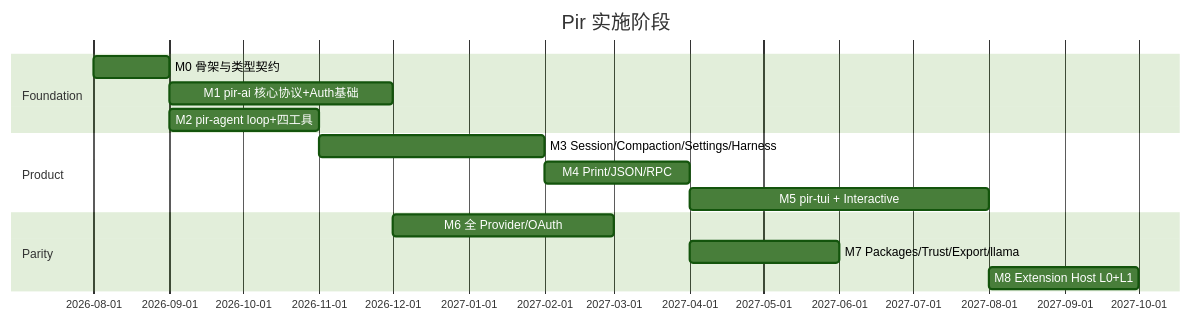
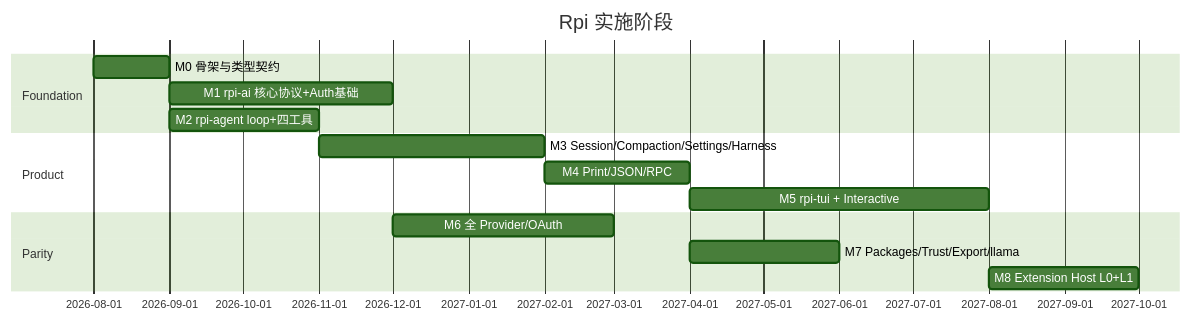
The second of 2 diagrams in docs/02-design.md (revpidev/rpi), drawn with Mermaid (forest theme) before and after one commit. The commit also changed other lines of this file and 964 other files, not shown here.

First line of the commit message:
feat: 项目改名 pir → rpi（ADR-0010，对应域名 resetpi.com）——crate/env/配置目录/ABI/文档/站点全量迁移

````diff
--- a/docs/02-design.md
+++ b/docs/02-design.md
@@ -681,17 +681,17 @@
 ```mermaid
 gantt
-  title Pir 实施阶段
+  title Rpi 实施阶段
   dateFormat  YYYY-MM
   section Foundation
   M0 骨架与类型契约           :m0, 2026-08, 1M
-  M1 pir-ai 核心协议+Auth基础 :m1, after m0, 3M
-  M2 pir-agent loop+四工具    :m2, after m0, 2M
+  M1 rpi-ai 核心协议+Auth基础 :m1, after m0, 3M
+  M2 rpi-agent loop+四工具    :m2, after m0, 2M
   section Product
   M3 Session/Compaction/Settings/Harness :m3, after m2, 3M
   M4 Print/JSON/RPC           :m4, after m3, 2M
-  M5 pir-tui + Interactive    :m5, after m4, 4M
+  M5 rpi-tui + Interactive    :m5, after m4, 4M
   section Parity
   M6 全 Provider/OAuth        :m6, after m1, 3M
   M7 Packages/Trust/Export/llama :m7, after m4, 2M
   M8 Extension Host L0+L1     :m8, after m5, 2M
 ```
````
